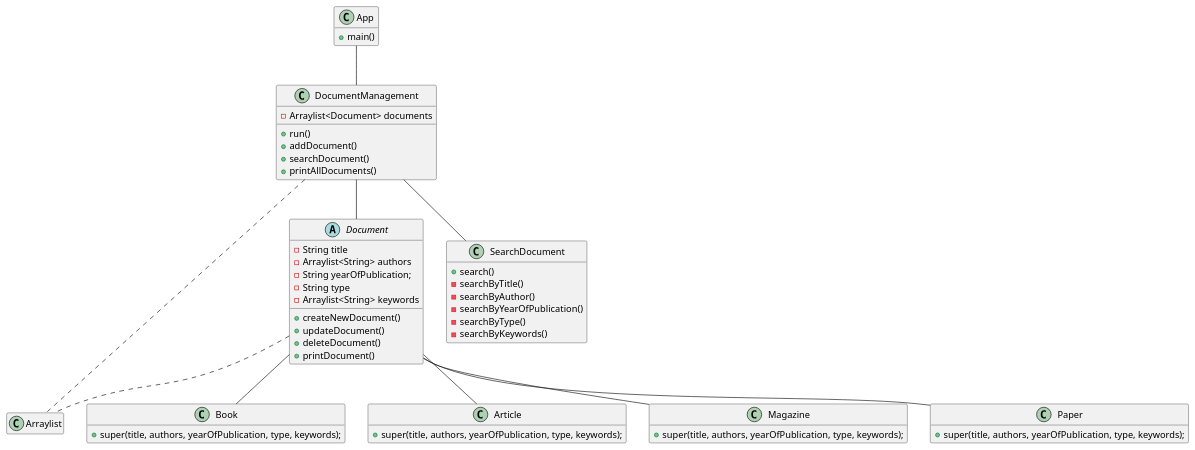
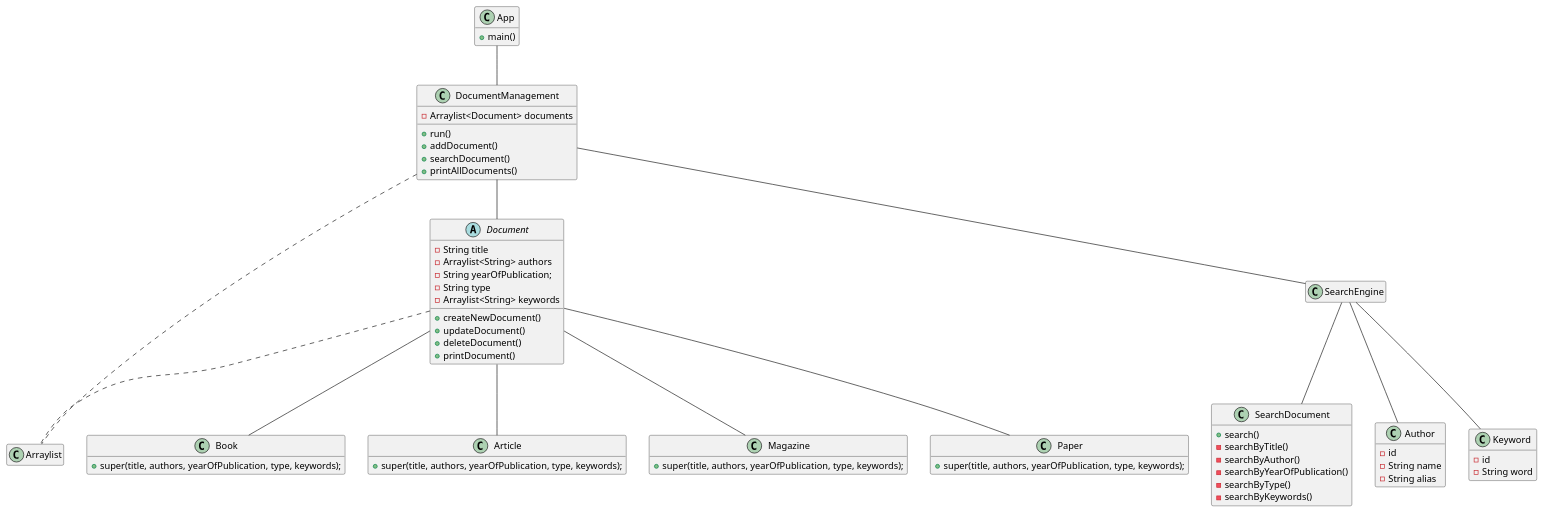
Before and after one commit to mmasias/23-24-eda2: the diagram in entregas/esparragozaVeronika/DocumentManagement.puml, drawn with PlantUML. The commit also changed 14 other files, not shown here.

```diff
--- a/entregas/esparragozaVeronika/DocumentManagement.puml
+++ b/entregas/esparragozaVeronika/DocumentManagement.puml
@@ -1,69 +1,86 @@
 @startuml
 hide empty methods
 hide empty fields
 
 class App {
     + main()
 }
 class Arraylist{}
 
 class DocumentManagement {
     - Arraylist<Document> documents
     + run()
     + addDocument()
     + searchDocument()
     + printAllDocuments()
 }
 
 abstract Document {
     - String title
     - Arraylist<String> authors
     - String yearOfPublication;
     - String type
     - Arraylist<String> keywords
 
     + createNewDocument()
     + updateDocument()
     + deleteDocument()
     + printDocument()
 }
 
 class Book {
     + super(title, authors, yearOfPublication, type, keywords);
 }
 
 class Article {
     + super(title, authors, yearOfPublication, type, keywords);
 }
 
 class Magazine {
     + super(title, authors, yearOfPublication, type, keywords);
 }
 
 class Paper {
     + super(title, authors, yearOfPublication, type, keywords);
 }
 
 class SearchDocument{
     + search()
     - searchByTitle()
     - searchByAuthor()
     - searchByYearOfPublication()
     - searchByType()
     - searchByKeywords()
 }
 
+class SearchEngine{}
+
+class Author {
+    - id
+    - String name
+    - String alias
+}
+
+class Keyword {
+    - id
+    - String word
+}
+
 
 
 App -- DocumentManagement
 DocumentManagement -- Document
-DocumentManagement -- SearchDocument
+DocumentManagement -- SearchEngine
+
+SearchEngine -- SearchDocument
+SearchEngine -- Author
+SearchEngine -- Keyword
 
 Document -- Book
 Document -- Article
 Document -- Magazine
 Document -- Paper
 
 DocumentManagement .. Arraylist
 Document .. Arraylist
 @enduml
```
